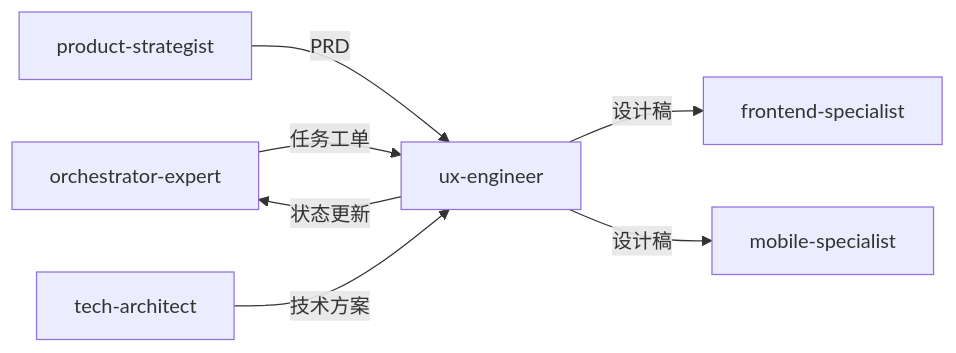
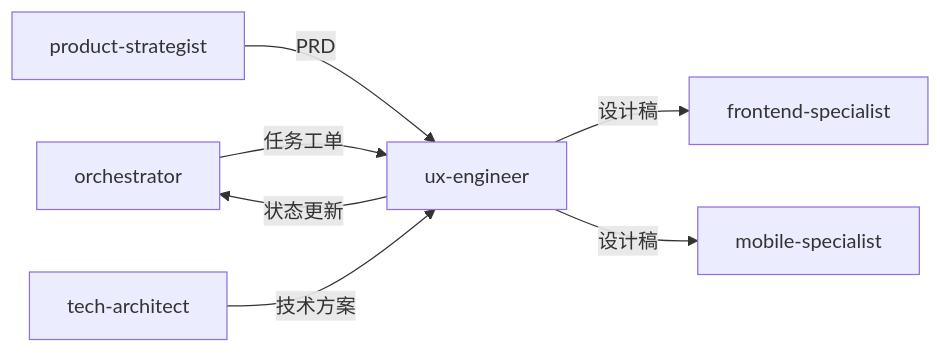
Before and after one commit to Tooooommy/Trae-Workflow: the diagram in skills/ux-engineer/SKILL.md, drawn with Mermaid. The commit also changed other lines of this file and 21 other files, not shown here.

First line of the commit message:
refactor(skills): rename orchestrator-expert to orchestrator and update paths

````diff
--- a/skills/ux-engineer/SKILL.md
+++ b/skills/ux-engineer/SKILL.md
@@ -88,9 +88,9 @@
 ```mermaid
 flowchart LR
-    A[orchestrator-expert] -->|任务工单| B[ux-engineer]
+    A[orchestrator] -->|任务工单| B[ux-engineer]
     C[product-strategist] -->|PRD| B
     D[tech-architect] -->|技术方案| B
     B -->|设计稿| E[frontend-specialist]
     B -->|设计稿| F[mobile-specialist]
     B -->|状态更新| A
 ```
````
